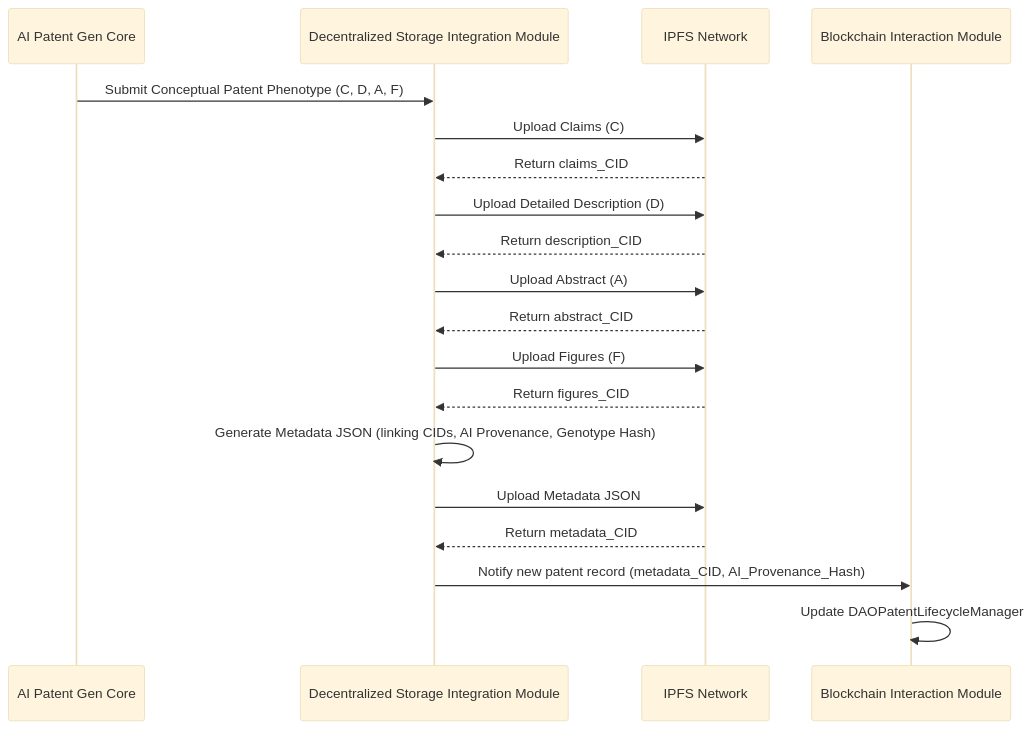
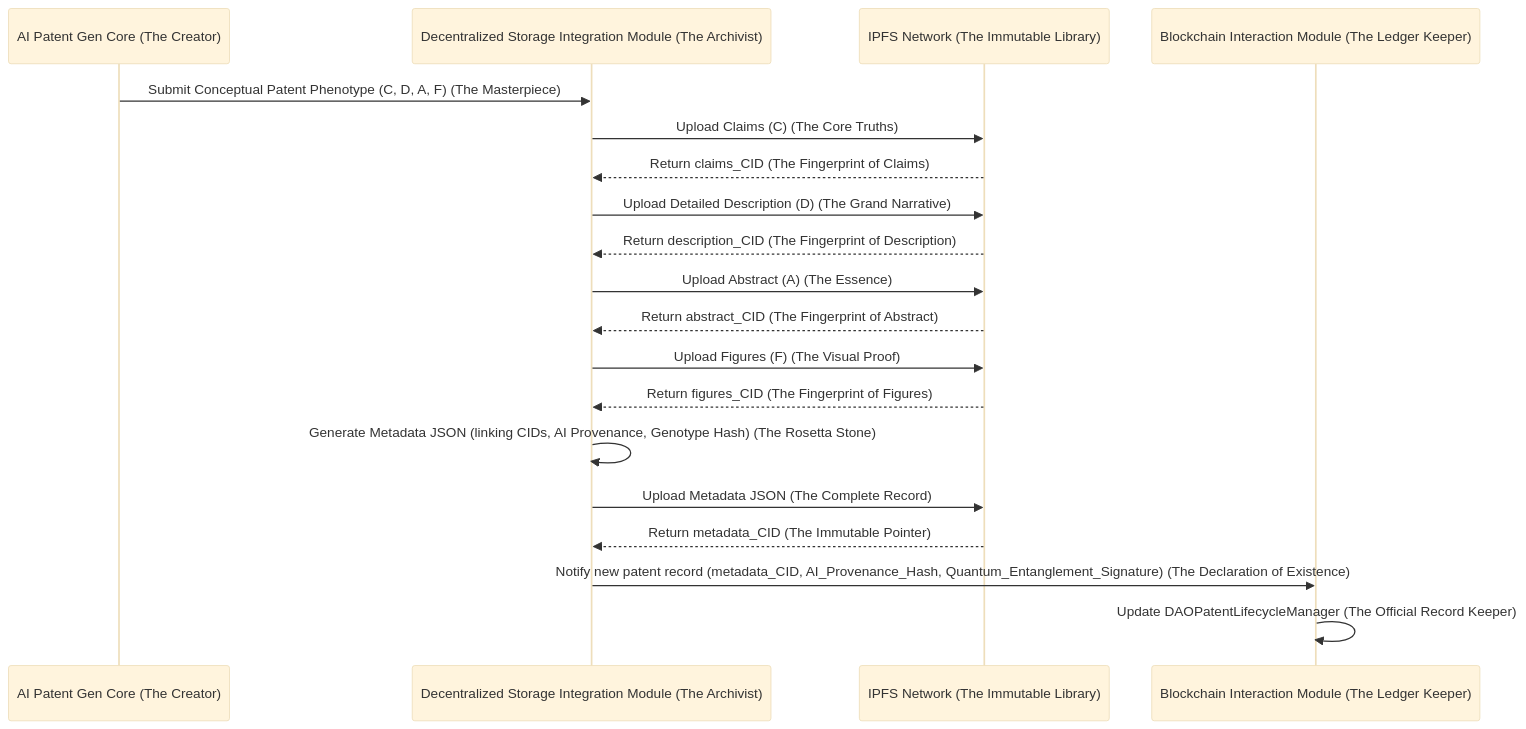
Before and after one commit to diplomat-bit/Citibank_Demo_Business_Inc_Demonstration-: the sixth of 12 diagrams in inventions/inventions/015_dao_for_collaborative_ai_patent_generation/015_dao_for_collaborative_ai_patent_generation.md, drawn with Mermaid (base theme). The commit also changed other lines of this file, not shown here.

````diff
--- a/inventions/inventions/015_dao_for_collaborative_ai_patent_generation/015_dao_for_collaborative_ai_patent_generation.md
+++ b/inventions/inventions/015_dao_for_collaborative_ai_patent_generation/015_dao_for_collaborative_ai_patent_generation.md
@@ -281,22 +282,22 @@
 ```mermaid
 sequenceDiagram
-    participant APGC as AI Patent Gen Core
-    participant DSIM as Decentralized Storage Integration Module
-    participant IPFS as IPFS Network
-    participant BISCM as Blockchain Interaction Module
+    participant APGC as AI Patent Gen Core (The Creator)
+    participant DSIM as Decentralized Storage Integration Module (The Archivist)
+    participant IPFS as IPFS Network (The Immutable Library)
+    participant BISCM as Blockchain Interaction Module (The Ledger Keeper)
 
-    APGC->>DSIM: Submit Conceptual Patent Phenotype (C, D, A, F)
-    DSIM->>IPFS: Upload Claims (C)
-    IPFS-->>DSIM: Return claims_CID
-    DSIM->>IPFS: Upload Detailed Description (D)
-    IPFS-->>DSIM: Return description_CID
-    DSIM->>IPFS: Upload Abstract (A)
-    IPFS-->>DSIM: Return abstract_CID
-    DSIM->>IPFS: Upload Figures (F)
-    IPFS-->>DSIM: Return figures_CID
-    DSIM->>DSIM: Generate Metadata JSON (linking CIDs, AI Provenance, Genotype Hash)
-    DSIM->>IPFS: Upload Metadata JSON
-    IPFS-->>DSIM: Return metadata_CID
-    DSIM->>BISCM: Notify new patent record (metadata_CID, AI_Provenance_Hash)
-    BISCM->>BISCM: Update DAOPatentLifecycleManager
+    APGC->>DSIM: Submit Conceptual Patent Phenotype (C, D, A, F) (The Masterpiece)
+    DSIM->>IPFS: Upload Claims (C) (The Core Truths)
+    IPFS-->>DSIM: Return claims_CID (The Fingerprint of Claims)
+    DSIM->>IPFS: Upload Detailed Description (D) (The Grand Narrative)
+    IPFS-->>DSIM: Return description_CID (The Fingerprint of Description)
+    DSIM->>IPFS: Upload Abstract (A) (The Essence)
+    IPFS-->>DSIM: Return abstract_CID (The Fingerprint of Abstract)
+    DSIM->>IPFS: Upload Figures (F) (The Visual Proof)
+    IPFS-->>DSIM: Return figures_CID (The Fingerprint of Figures)
+    DSIM->>DSIM: Generate Metadata JSON (linking CIDs, AI Provenance, Genotype Hash) (The Rosetta Stone)
+    DSIM->>IPFS: Upload Metadata JSON (The Complete Record)
+    IPFS-->>DSIM: Return metadata_CID (The Immutable Pointer)
+    DSIM->>BISCM: Notify new patent record (metadata_CID, AI_Provenance_Hash, Quantum_Entanglement_Signature) (The Declaration of Existence)
+    BISCM->>BISCM: Update DAOPatentLifecycleManager (The Official Record Keeper)
 ```
````
